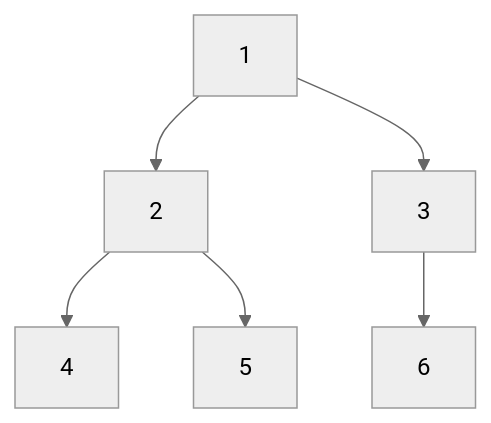
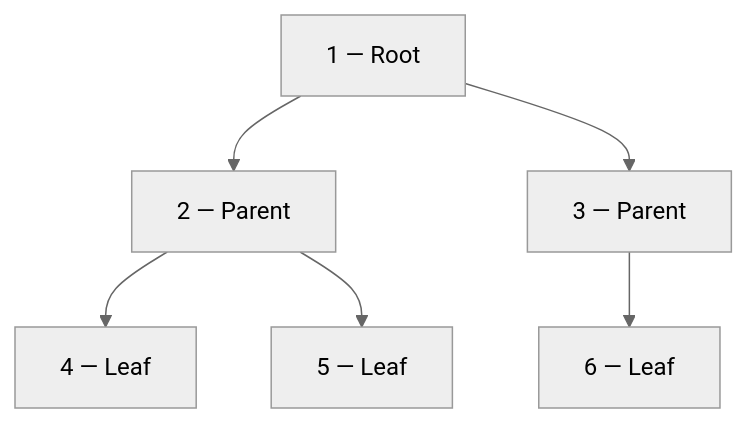
Before and after one commit to 9999dude/omega: the first of 19 diagrams in docs/datastructures/trees.md, drawn with Mermaid (neutral theme). The commit also changed other lines of this file and 58 other files, not shown here.

````diff
--- a/docs/datastructures/trees.md
+++ b/docs/datastructures/trees.md
@@ -53,8 +48,8 @@
 ```mermaid
 graph TD
-    A["1"] --> B["2"]
-    A --> C["3"]
-    B --> D["4"]
-    B --> E["5"]
-    C --> F["6"]
+    A["1 — Root"] --> B["2 — Parent"]
+    A --> C["3 — Parent"]
+    B --> D["4 — Leaf"]
+    B --> E["5 — Leaf"]
+    C --> F["6 — Leaf"]
 ```
````
